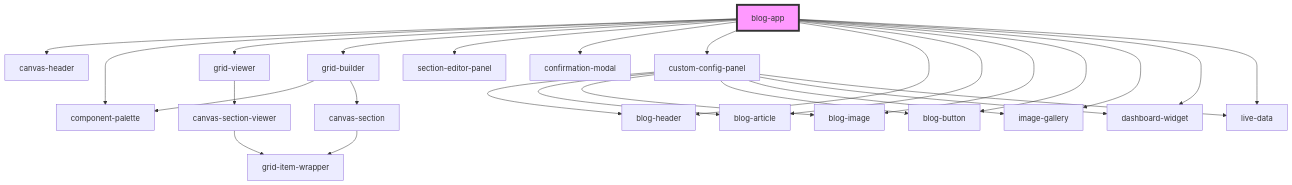
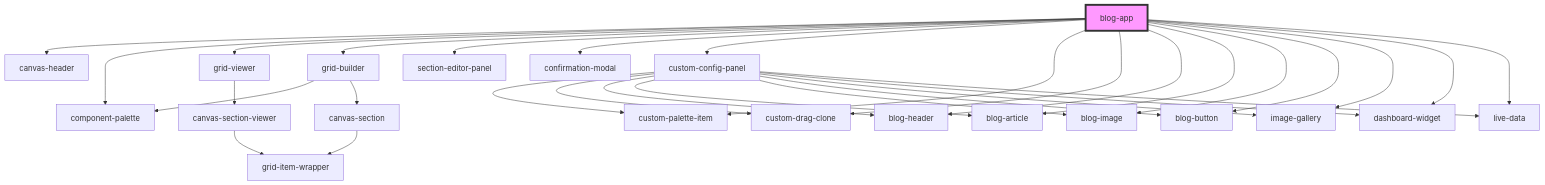
One commit to lucidworks/grid-builder-poc changed the diagram in stencil/demo/components/blog-app/readme.md. Above: the diagram before and after it, drawn with Mermaid. The commit also changed other lines of this file and 39 other files, not shown here.

First line of the commit message:
Fix drag clone rendering by reverting to HTML strings

````diff
--- a/stencil/demo/components/blog-app/readme.md
+++ b/stencil/demo/components/blog-app/readme.md
@@ -36,30 +38,34 @@
 ```mermaid
 graph TD;
   blog-app --> canvas-header
   blog-app --> component-palette
   blog-app --> grid-viewer
   blog-app --> grid-builder
   blog-app --> section-editor-panel
   blog-app --> confirmation-modal
   blog-app --> custom-config-panel
+  blog-app --> custom-palette-item
+  blog-app --> custom-drag-clone
   blog-app --> blog-header
   blog-app --> blog-article
   blog-app --> blog-image
   blog-app --> blog-button
   blog-app --> image-gallery
   blog-app --> dashboard-widget
   blog-app --> live-data
   grid-viewer --> canvas-section-viewer
   canvas-section-viewer --> grid-item-wrapper
   grid-builder --> component-palette
   grid-builder --> canvas-section
   canvas-section --> grid-item-wrapper
+  custom-config-panel --> custom-palette-item
+  custom-config-panel --> custom-drag-clone
   custom-config-panel --> blog-header
   custom-config-panel --> blog-article
   custom-config-panel --> blog-image
   custom-config-panel --> blog-button
   custom-config-panel --> image-gallery
   custom-config-panel --> dashboard-widget
   custom-config-panel --> live-data
   style blog-app fill:#f9f,stroke:#333,stroke-width:4px
 ```
````
